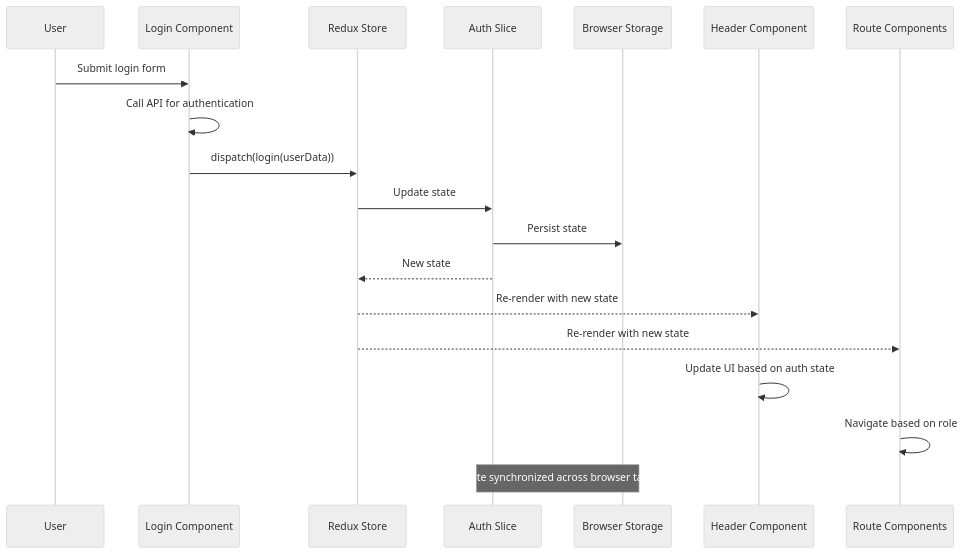
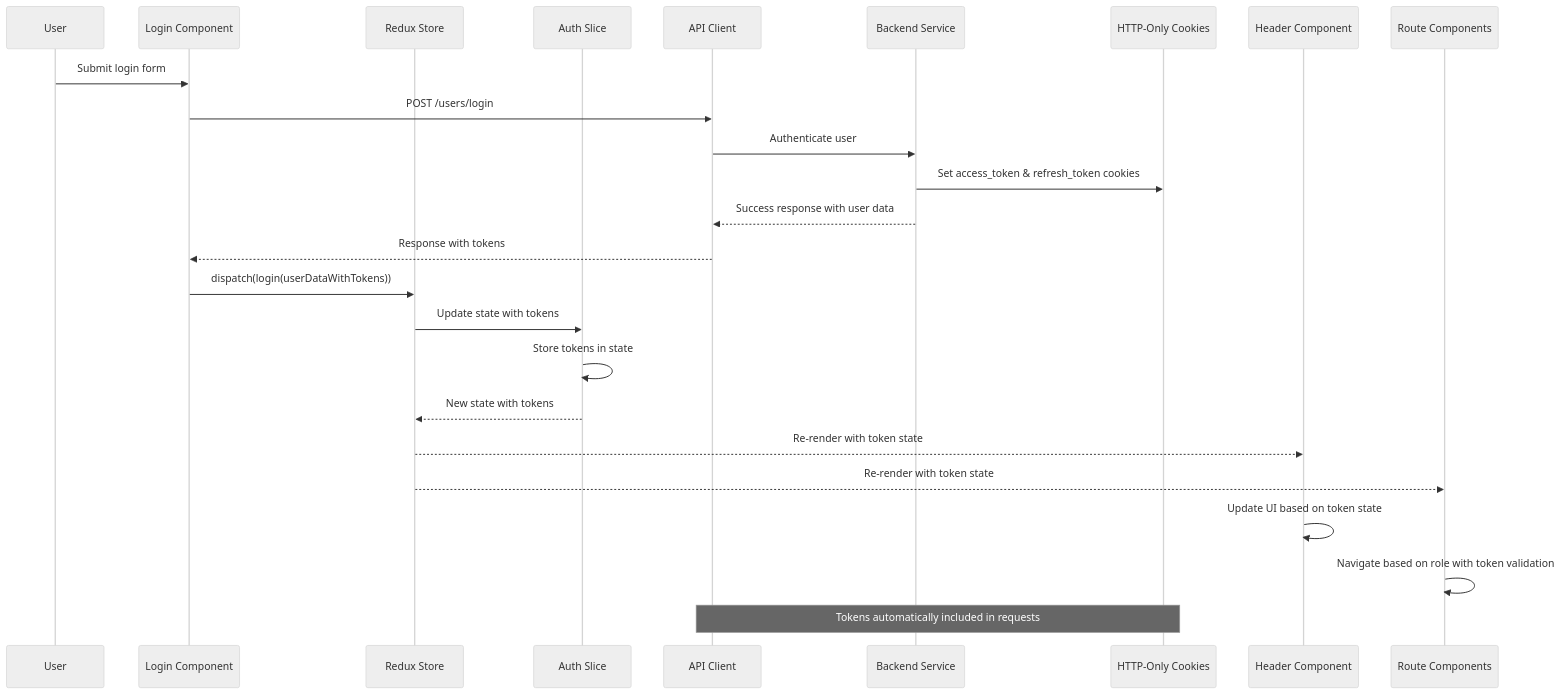
Before and after one commit to Aryan9060/Timetable-Project: the second of 4 diagrams in .qoder/repowiki/en/content/Authentication & Authorization/Frontend Authentication State Management.md, drawn with Mermaid (neutral theme). The commit also changed other lines of this file and 7 other files, not shown here.

First line of the commit message:
feat(auth): implement comprehensive JWT-based authentication system

````diff
--- a/.qoder/repowiki/en/content/Authentication & Authorization/Frontend Authentication State Management.md
+++ b/.qoder/repowiki/en/content/Authentication & Authorization/Frontend Authentication State Management.md
@@ -93,21 +113,27 @@
 ```mermaid
 sequenceDiagram
 participant User as User
 participant Login as Login Component
 participant Store as Redux Store
 participant AuthSlice as Auth Slice
-participant LocalStorage as Browser Storage
+participant ApiClient as API Client
+participant Backend as Backend Service
+participant Cookies as HTTP-Only Cookies
 participant Header as Header Component
 participant Routes as Route Components
 User->>Login : Submit login form
-Login->>Login : Call API for authentication
-Login->>Store : dispatch(login(userData))
-Store->>AuthSlice : Update state
-AuthSlice->>LocalStorage : Persist state
-AuthSlice-->>Store : New state
-Store-->>Header : Re-render with new state
-Store-->>Routes : Re-render with new state
-Header->>Header : Update UI based on auth state
-Routes->>Routes : Navigate based on role
-Note over LocalStorage,AuthSlice : State synchronized across browser tabs
+Login->>ApiClient : POST /users/login
+ApiClient->>Backend : Authenticate user
+Backend->>Cookies : Set access_token & refresh_token cookies
+Backend-->>ApiClient : Success response with user data
+ApiClient-->>Login : Response with tokens
+Login->>Store : dispatch(login(userDataWithTokens))
+Store->>AuthSlice : Update state with tokens
+AuthSlice->>AuthSlice : Store tokens in state
+AuthSlice-->>Store : New state with tokens
+Store-->>Header : Re-render with token state
+Store-->>Routes : Re-render with token state
+Header->>Header : Update UI based on token state
+Routes->>Routes : Navigate based on role with token validation
+Note over ApiClient,Cookies : Tokens automatically included in requests
 ```
````
